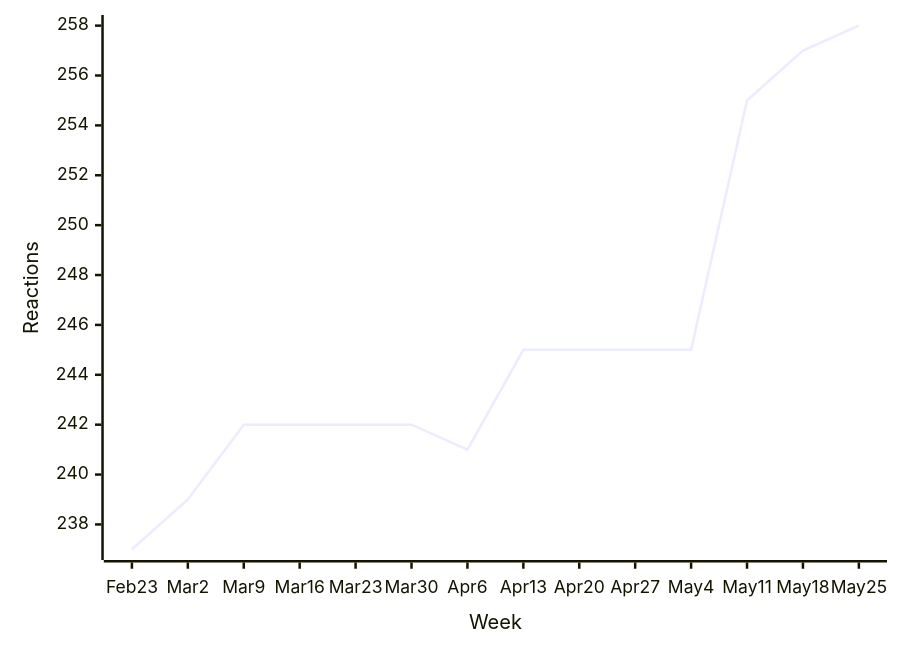
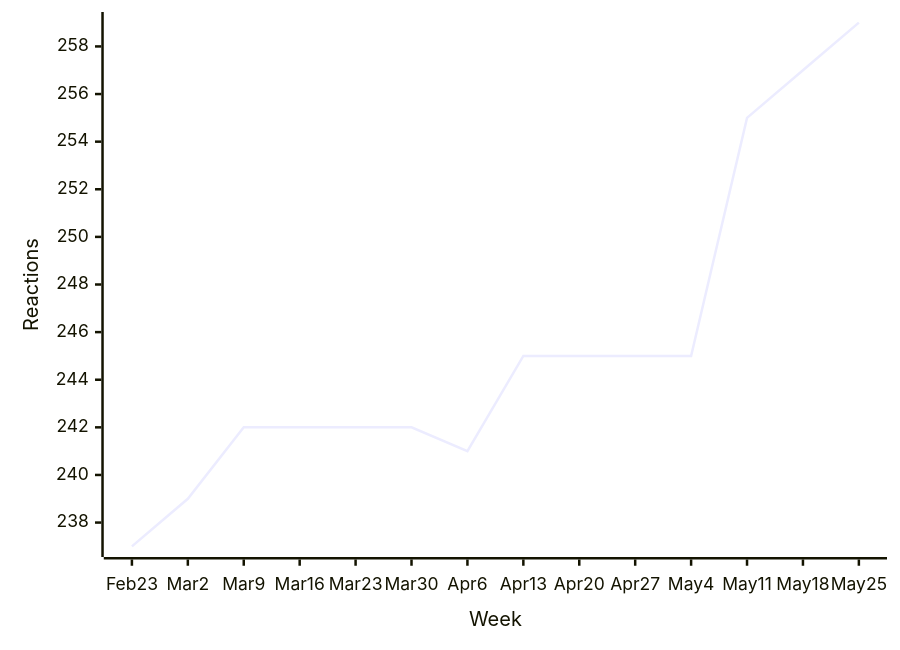
Before and after one commit to loic-sharma/github-insights: the fifth of 53 diagrams in README.md, drawn with Mermaid. The commit also changed other lines of this file and 2 other files, not shown here.

````diff
--- a/README.md
+++ b/README.md
@@ -407,6 +407,6 @@
   ```mermaid
   xychart-beta
     x-axis "Week" [Feb 23, Mar 2, Mar 9, Mar 16, Mar 23, Mar 30, Apr 6, Apr 13, Apr 20, Apr 27, May 4, May 11, May 18, May 25]
     y-axis "Reactions"
-    line [237, 239, 242, 242, 242, 242, 241, 245, 245, 245, 245, 255, 257, 258]
+    line [237, 239, 242, 242, 242, 242, 241, 245, 245, 245, 245, 255, 257, 259]
   ```
````
